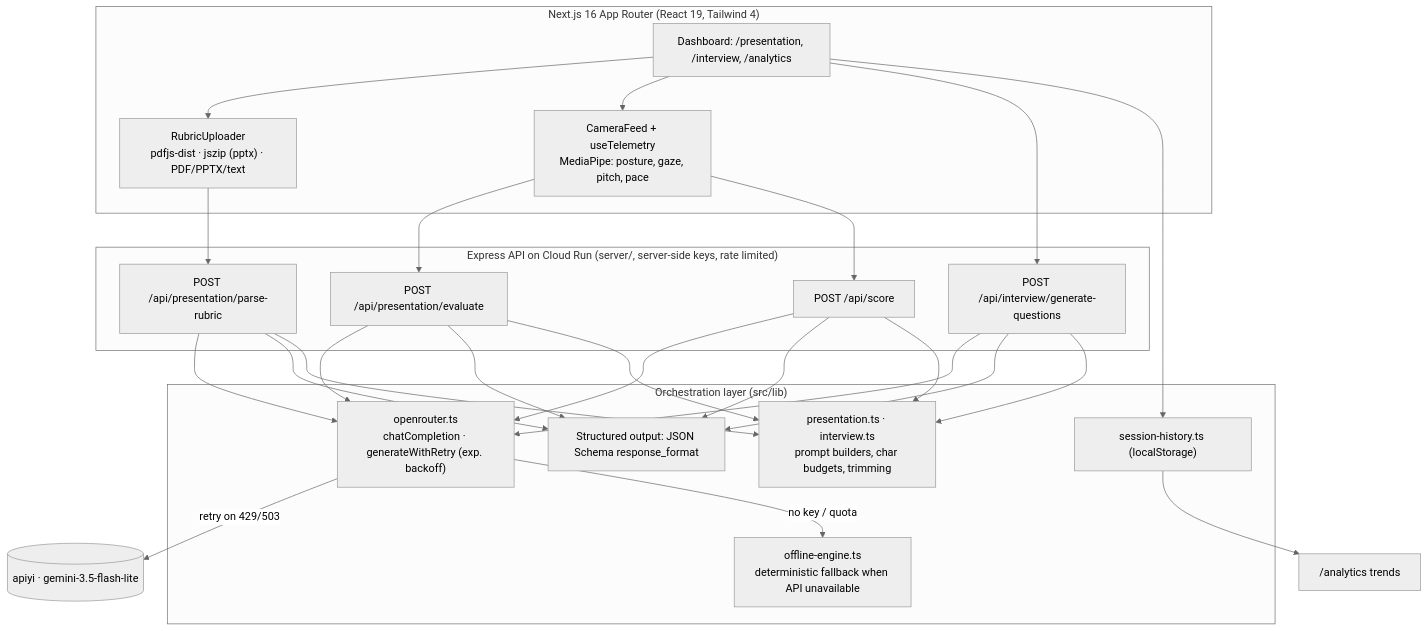
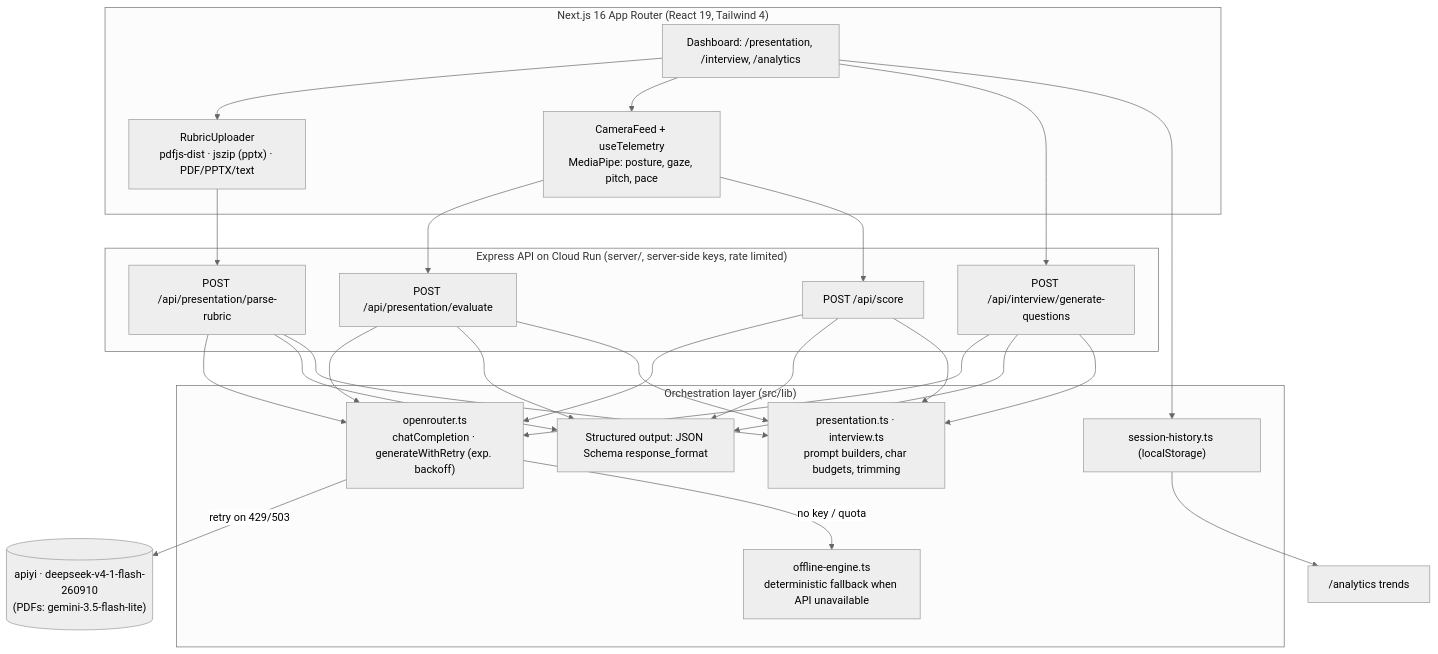
Before and after one commit to smubia-projects/ail-ay2627-s1-dhee-pitch-perfect: the diagram in README.md, drawn with Mermaid (neutral theme). The commit also changed other lines of this file and 6 other files, not shown here.

Commit message:
chore(ai): default to deepseek-v4-1-flash-260910

````diff
--- a/README.md
+++ b/README.md
@@ -25,34 +25,34 @@
 ```mermaid
 flowchart TD
     subgraph Client["Next.js 16 App Router (React 19, Tailwind 4)"]
         UI["Dashboard: /presentation, /interview, /analytics"]
         Cam["CameraFeed + useTelemetry<br/>MediaPipe: posture, gaze, pitch, pace"]
         Up["RubricUploader<br/>pdfjs-dist · jszip (pptx) · PDF/PPTX/text"]
     end
 
     subgraph API["Express API on Cloud Run (server/, server-side keys, rate limited)"]
         R1["POST /api/presentation/parse-rubric"]
         R2["POST /api/presentation/evaluate"]
         R3["POST /api/interview/generate-questions"]
         R4["POST /api/score"]
     end
 
     subgraph Core["Orchestration layer (src/lib)"]
         G["openrouter.ts<br/>chatCompletion · generateWithRetry (exp. backoff)"]
         S["Structured output: JSON Schema response_format"]
         P["presentation.ts · interview.ts<br/>prompt builders, char budgets, trimming"]
         OFF["offline-engine.ts<br/>deterministic fallback when API unavailable"]
         H["session-history.ts (localStorage)"]
     end
 
     UI --> Up --> R1
     UI --> Cam --> R2
     Cam --> R4
     UI --> R3
     R1 & R2 & R3 & R4 --> G
-    G -->|retry on 429/503| LLM[("apiyi · gemini-3.5-flash-lite")]
+    G -->|retry on 429/503| LLM[("apiyi · deepseek-v4-1-flash-260910<br/>(PDFs: gemini-3.5-flash-lite)")]
     G -->|no key / quota| OFF
     R1 & R2 & R3 & R4 --> S
     R1 & R2 & R3 & R4 --> P
     UI --> H --> Analytics["/analytics trends"]
 ```
````
